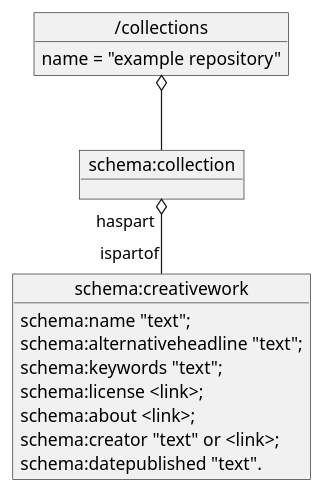
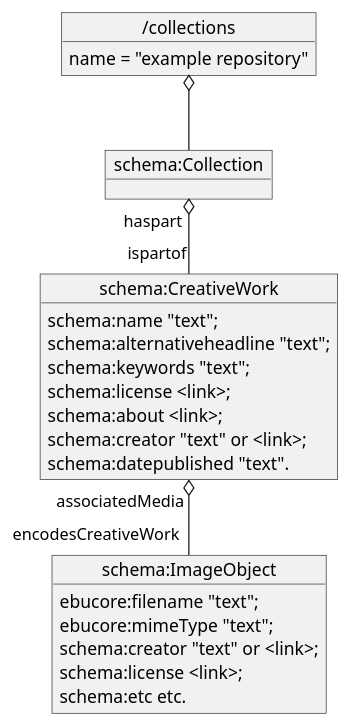
Before and after one commit to ldragoon/fin-example-repository: the first of 2 diagrams in collection/ex2-photos/README.org, drawn with PlantUML. The commit also changed other lines of this file and 18 other files, not shown here.

```diff
--- a/collection/ex2-photos/README.org
+++ b/collection/ex2-photos/README.org
@@ -36,25 +29,33 @@
 #+begin_src plantuml  :file ./docs/generic_diagram.png
-    @startuml
+  @startuml
 
-    object "schema:collection" as scol {
+  object "schema:Collection" as scol {
   }
 
-    object "schema:creativework" as scw {
- schema:name "text";
- schema:alternativeheadline "text";
- schema:keywords "text";
- schema:license <link>;
- schema:about <link>;
- schema:creator "text" or <link>;
- schema:datepublished "text".
+  object "schema:CreativeWork" as scw {
+   schema:name "text";
+   schema:alternativeheadline "text";
+   schema:keywords "text";
+   schema:license <link>;
+   schema:about <link>;
+   schema:creator "text" or <link>;
+   schema:datepublished "text".
   }
 
-    object "/collections" as collections {
-         name = "example repository"
-    }
+  object "schema:ImageObject" as img {
+   ebucore:filename "text";
+   ebucore:mimeType "text";
+   schema:creator "text" or <link>;
+   schema:license <link>;
+   schema:etc etc.
+  }
 
-    collections o-- scol
-    scol "haspart" o-- "ispartof" scw
+  object "/collections" as collections {
+   name = "example repository"
+  }
 
-      @enduml
+  collections o-- scol
+  scol "haspart" o-- "ispartof" scw
+  scw "associatedMedia" o-- "encodesCreativeWork" img
+  @enduml
 #+end_src
```
